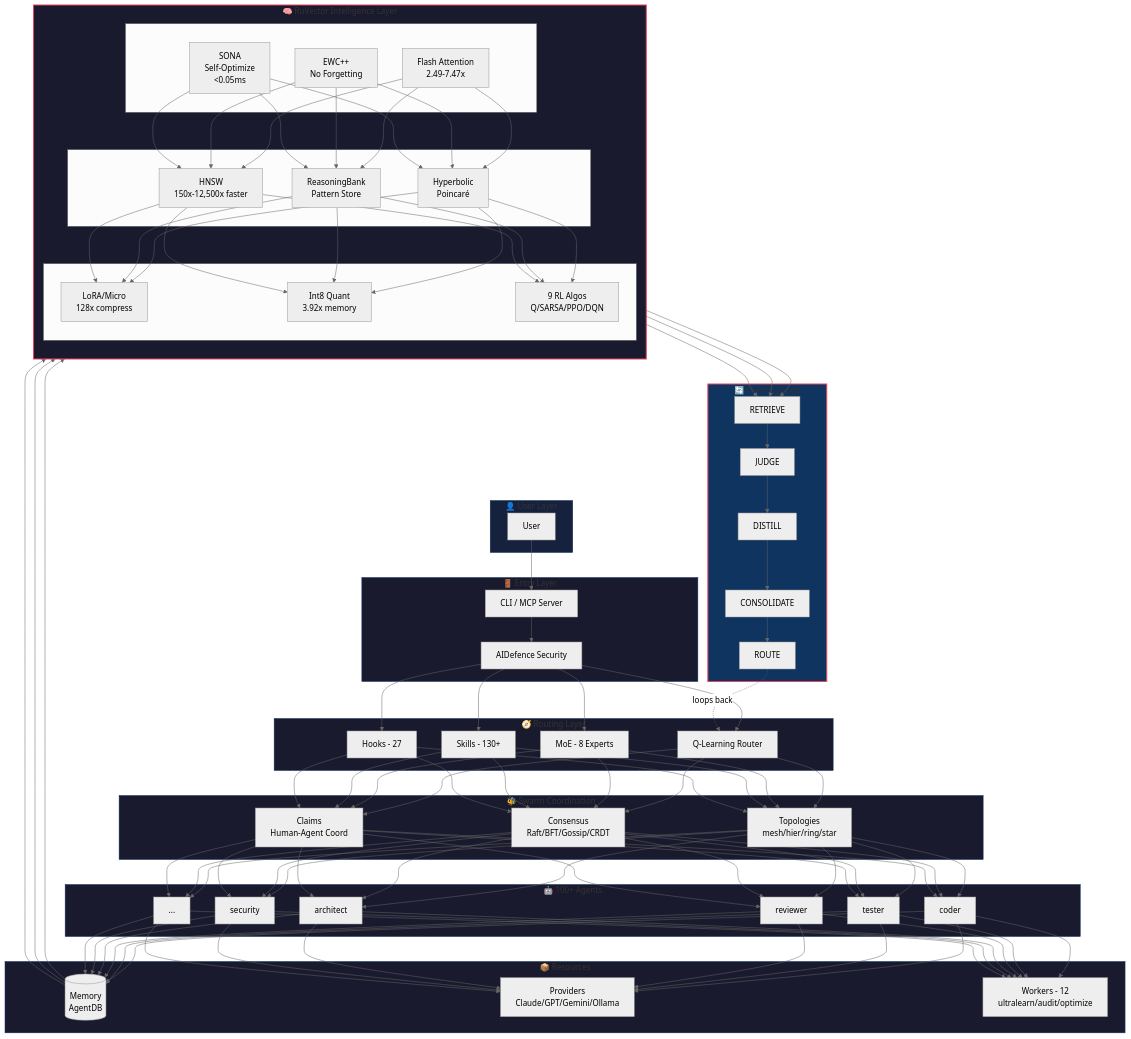
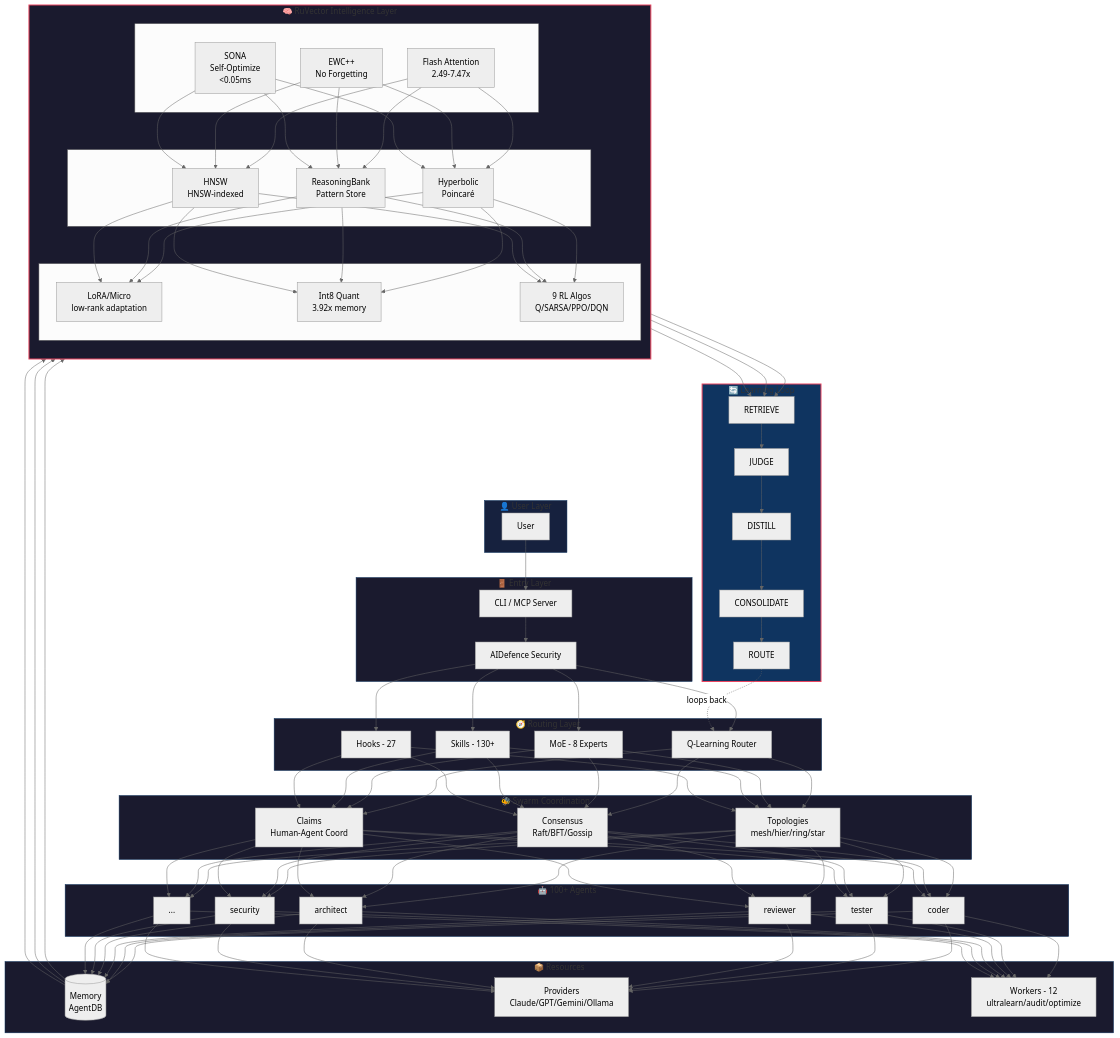
One commit to sashakobtsev21-stack/my_agents changed the first of 6 diagrams in README.md. Above: the diagram before and after it, drawn with Mermaid (neutral theme). The commit also changed other lines of this file, not shown here.

```diff
--- a/README.md
+++ b/README.md
@@ -62,7 +62,7 @@
 
     subgraph SWARM["🐝 Swarm Coordination"]
         TOPO[Topologies<br/>mesh/hier/ring/star]
-        CONS[Consensus<br/>Raft/BFT/Gossip/CRDT]
+        CONS[Consensus<br/>Raft/BFT/Gossip]
         CLM[Claims<br/>Human-Agent Coord]
     end
 
@@ -89,12 +89,12 @@
             FLASH[Flash Attention<br/>2.49-7.47x]
         end
         subgraph ROW2[" "]
-            HNSW[HNSW<br/>150x-12,500x faster]
+            HNSW[HNSW<br/>HNSW-indexed]
             RB[ReasoningBank<br/>Pattern Store]
             HYP[Hyperbolic<br/>Poincaré]
         end
         subgraph ROW3[" "]
-            LORA[LoRA/Micro<br/>128x compress]
+            LORA[LoRA/Micro<br/>low-rank adaptation]
             QUANT[Int8 Quant<br/>3.92x memory]
             RL[9 RL Algos<br/>Q/SARSA/PPO/DQN]
         end
```
